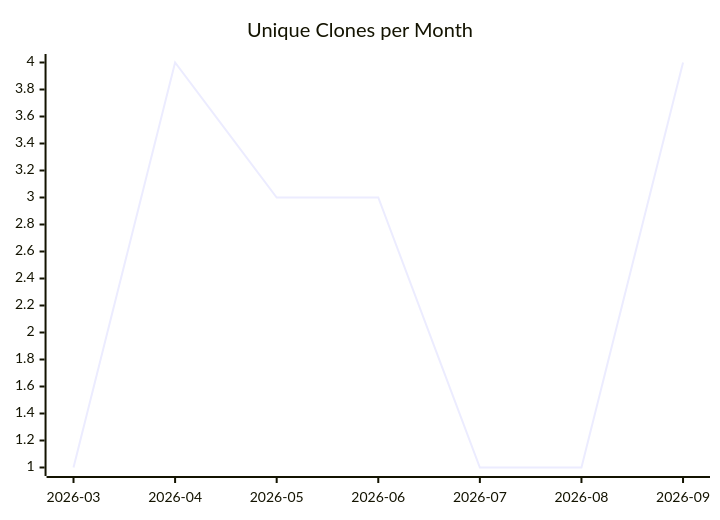
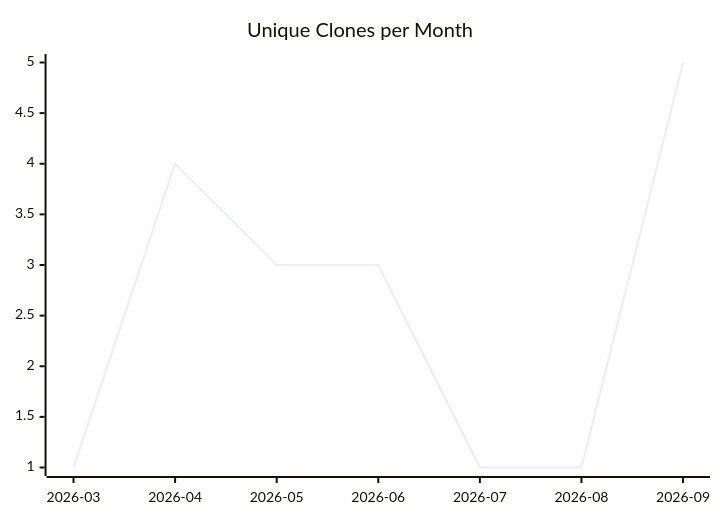
One commit to justdavis-family/github-analytics-data changed the third of 3 diagrams in karlmdavis/FHIR-Server/README.md. Above: the diagram before and after it, drawn with Mermaid. The commit also changed other lines of this file and 193 other files, not shown here.

````diff
--- a/karlmdavis/FHIR-Server/README.md
+++ b/karlmdavis/FHIR-Server/README.md
@@ -19,6 +19,6 @@
 ```mermaid
 xychart-beta
   title "Unique Clones per Month"
   x-axis ["2026-03", "2026-04", "2026-05", "2026-06", "2026-07", "2026-08", "2026-09"]
-  line [1, 4, 3, 3, 1, 1, 4]
+  line [1, 4, 3, 3, 1, 1, 5]
 ```
````
